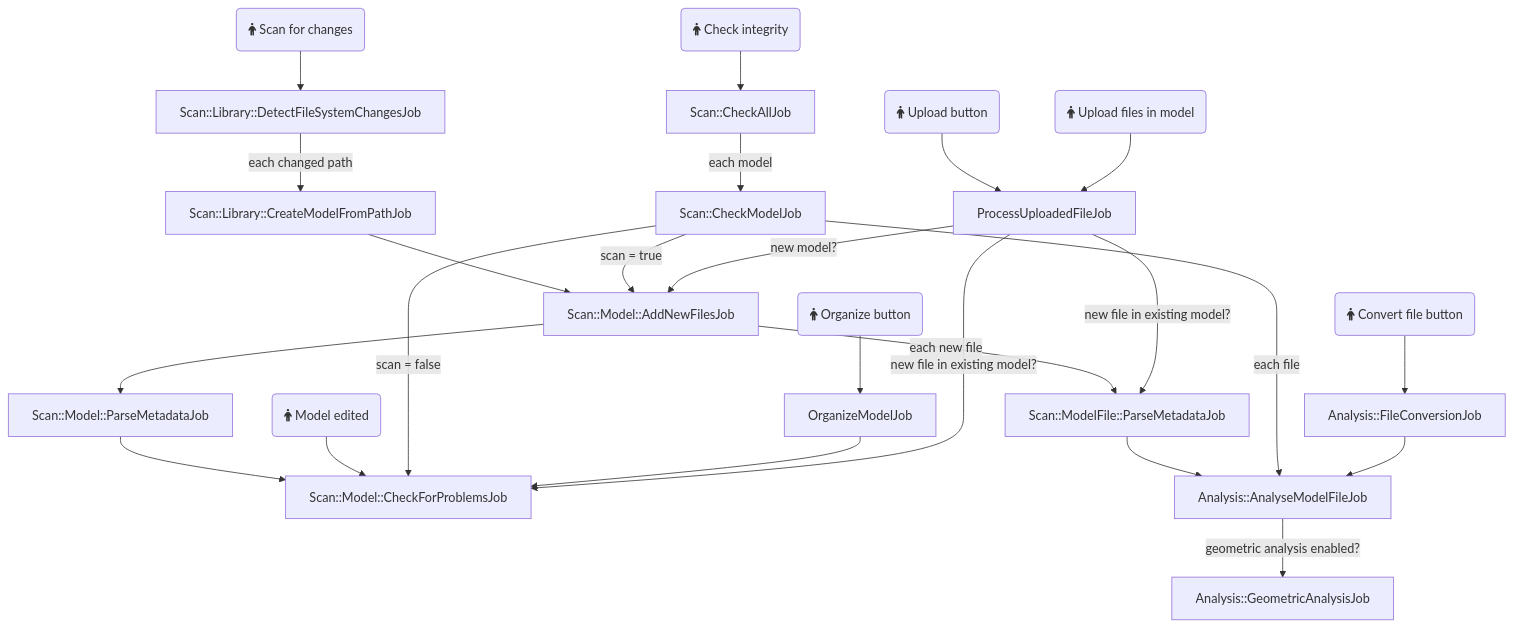
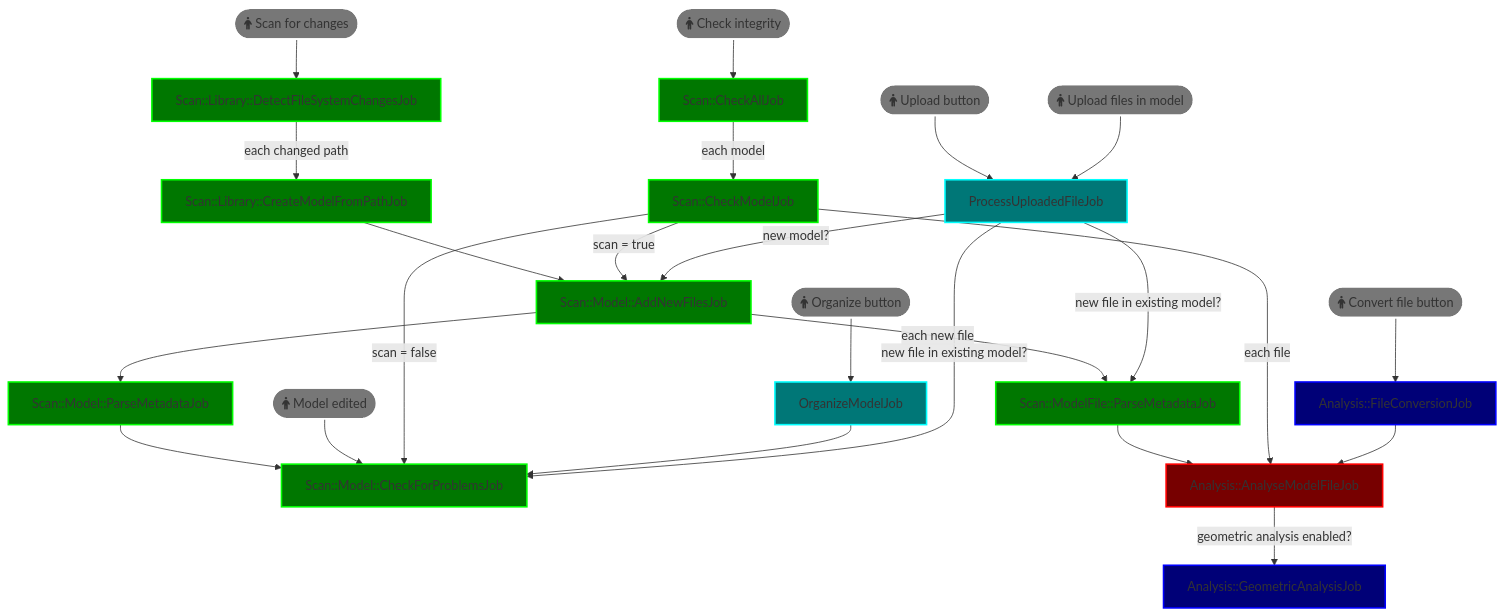
One commit to manyfold3d/manyfold changed the diagram in app/jobs/README.md. Above: the diagram before and after it, drawn with Mermaid. The commit also changed other lines of this file, not shown here.

Commit message:
Improve job documentation
Added queue details and colours

````diff
--- a/app/jobs/README.md
+++ b/app/jobs/README.md
@@ -5,48 +5,65 @@
 ```mermaid
 flowchart TD
     DFS[Scan::Library::DetectFileSystemChangesJob]
     CMFP[Scan::Library::CreateModelFromPathJob]
     ANF[Scan::Model::AddNewFilesJob]
     PM[Scan::Model::ParseMetadataJob]
     PMF[Scan::ModelFile::ParseMetadataJob]
     CFP[Scan::Model::CheckForProblemsJob]
     CA[Scan::CheckAllJob]
     CM[Scan::CheckModelJob]
     OM[OrganizeModelJob]
     PUF[ProcessUploadedFileJob]
     AMF[Analysis::AnalyseModelFileJob]
     FC[Analysis::FileConversionJob]
     GA[Analysis::GeometricAnalysisJob]
 
-    ModelEdit(fa:fa-person Model edited)
-    Organize(fa:fa-person Organize button)
-    ScanAll(fa:fa-person Scan for changes)
-    CheckAll(fa:fa-person Check integrity)
-    MainUpload(fa:fa-person Upload button)
-    FileUpload(fa:fa-person Upload files in model)
-    FileConvert(fa:fa-person Convert file button)
+    ModelEdit([fa:fa-person Model edited])
+    Organize([fa:fa-person Organize button])
+    ScanAll([fa:fa-person Scan for changes])
+    CheckAll([fa:fa-person Check integrity])
+    MainUpload([fa:fa-person Upload button])
+    FileUpload([fa:fa-person Upload files in model])
+    FileConvert([fa:fa-person Convert file button])
 
     ScanAll --> DFS
     CheckAll --> CA
     DFS -->|each changed path| CMFP
     CMFP --> ANF
     ANF --> PM
     ANF -->|each new file| PMF
     PM --> CFP
     ModelEdit --> CFP
     PMF --> AMF
     AMF -->|geometric analysis enabled?| GA
     CA -->|each model| CM
     CM -->|scan = true| ANF
     CM -->|scan = false| CFP
     CM -->|each file| AMF
     Organize --> OM
     OM --> CFP
     MainUpload --> PUF
     FileUpload --> PUF
     PUF -->|new model?| ANF
     PUF -->|new file in existing model?| CFP
     PUF -->|new file in existing model?| PMF
     FileConvert --> FC
     FC --> AMF
+
+
+    classDef queue_analysis fill:#700,stroke:#f00,stroke-width:2px;
+    classDef queue_activity fill:#770,stroke:#ff0,stroke-width:2px;
+    classDef queue_scan fill:#070,stroke:#0f0,stroke-width:2px;
+    classDef queue_default fill:#077,stroke:#0ff,stroke-width:2px;
+    classDef queue_performance fill:#007,stroke:#00f,stroke-width:2px;
+    classDef queue_upgrade fill:#707,stroke:#f0f,stroke-width:2px;
+
+    class DFS,CA,CM,CMFP,ANF,PM,PMF,CFP queue_scan
+    class FC,GA queue_performance
+    class AMF queue_analysis
+    class OM,PUF queue_default
+
+    classDef user_action fill:#777,stroke:#fff,stroke-width:2px;
+    class ModelEdit,Organize,ScanAll,CheckAll,MainUpload,FileUpload,FileConvert user_action
+
 ```
````
